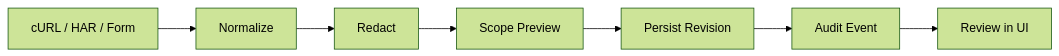
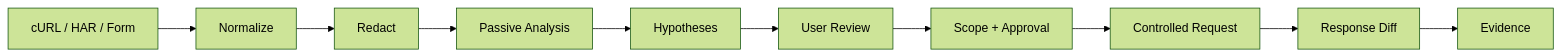
The second of 2 diagrams in README.md (MintKangaroo/WebHacking_Lab), drawn with Mermaid (forest theme) before and after one commit. The commit also changed other lines of this file and 9 other files, not shown here.

````diff
--- a/README.md
+++ b/README.md
@@ -105,9 +137,12 @@
 ```mermaid
 flowchart LR
     IN[cURL / HAR / Form] --> N[Normalize]
     N --> R[Redact]
-    R --> S[Scope Preview]
-    S --> P[Persist Revision]
-    P --> A[Audit Event]
-    A --> V[Review in UI]
+    R --> P[Passive Analysis]
+    P --> H[Hypotheses]
+    H --> U[User Review]
+    U --> S[Scope + Approval]
+    S --> X[Controlled Request]
+    X --> D[Response Diff]
+    D --> E[Evidence]
 ```
````
